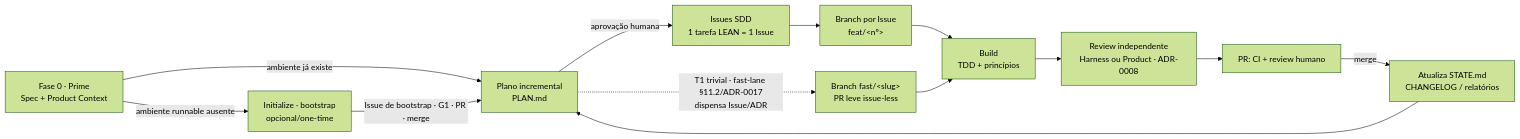
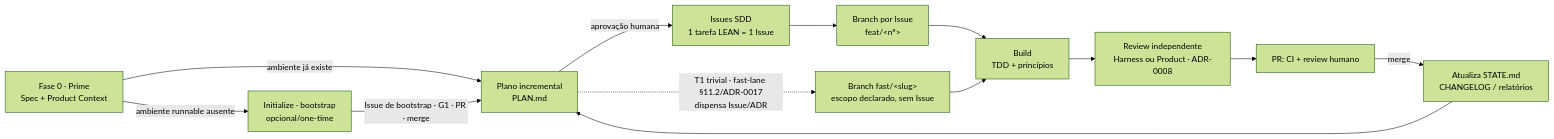
Before and after one commit to isaiane/OrionHarness: the diagram in README.md, drawn with Mermaid (forest theme). The commit also changed other lines of this file and 4 other files, not shown here.

First line of the commit message:
docs(fast-lane): corrigir precedência T4, guarda de objeto e coerências (achados Codex) (#89)

````diff
--- a/README.md
+++ b/README.md
@@ -49,15 +49,15 @@
 ```mermaid
 flowchart LR
     P[Fase 0 · Prime<br/>Spec + Product Context] -->|ambiente runnable ausente| I[Initialize · bootstrap<br/>opcional/one-time]
     P -->|ambiente já existe| A
     I -->|Issue de bootstrap · G1 · PR · merge| A
     A[Plano incremental<br/>PLAN.md] -->|aprovação humana| B[Issues SDD<br/>1 tarefa LEAN = 1 Issue]
-    A -.->|T1 trivial · fast-lane §11.2/ADR-0017<br/>dispensa Issue/ADR| FL[Branch fast/&lt;slug&gt;<br/>PR leve issue-less]
+    A -.->|T1 trivial · fast-lane §11.2/ADR-0017<br/>dispensa Issue/ADR| FL[Branch fast/&lt;slug&gt;<br/>escopo declarado, sem Issue]
     B --> C[Branch por Issue<br/>feat/&lt;nº&gt;]
     C --> D[Build<br/>TDD + princípios]
     FL --> D
     D --> E[Review independente<br/>Harness ou Product · ADR-0008]
     E --> F[PR: CI + review humano]
     F -->|merge| G[Atualiza STATE.md<br/>CHANGELOG / relatórios]
     G --> A
 ```
````
